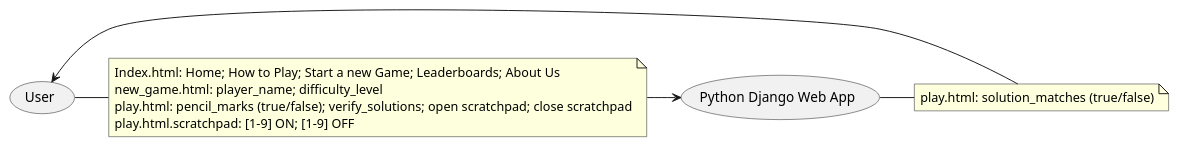
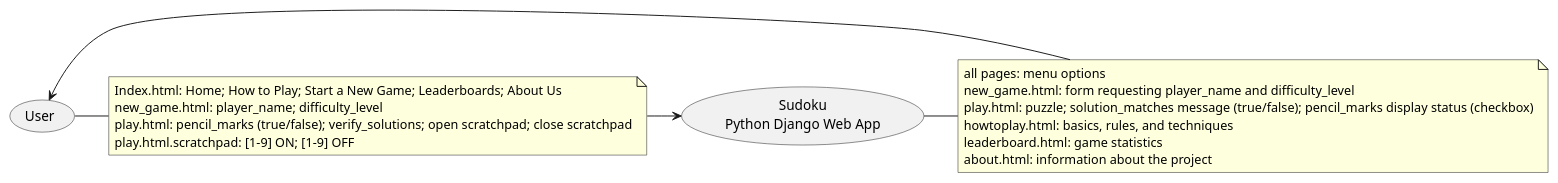
The diagram in sudoku_proj/context.puml (breencp/Sudoku), drawn with PlantUML before and after one commit. The commit also changed 5 other files, not shown here.

```diff
--- a/sudoku_proj/context.puml
+++ b/sudoku_proj/context.puml
@@ -1,22 +1,27 @@
 @startuml
-(Python Django Web App) as (WebApp)
+(Sudoku\nPython Django Web App) as (WebApp)
 
 note as input
-    Index.html: Home; How to Play; Start a new Game; Leaderboards; About Us
+    Index.html: Home; How to Play; Start a New Game; Leaderboards; About Us
     new_game.html: player_name; difficulty_level
     play.html: pencil_marks (true/false); verify_solutions; open scratchpad; close scratchpad
     play.html.scratchpad: [1-9] ON; [1-9] OFF
 end note
 
 note as output
-    play.html: solution_matches (true/false)
+    all pages: menu options
+    new_game.html: form requesting player_name and difficulty_level
+    play.html: puzzle; solution_matches message (true/false); pencil_marks display status (checkbox)
+    howtoplay.html: basics, rules, and techniques
+    leaderboard.html: game statistics
+    about.html: information about the project
 end note
 
 (User) - input
 input -> (WebApp)
 
 (WebApp) - output
 output -> (User)
 
 
 @enduml
```
